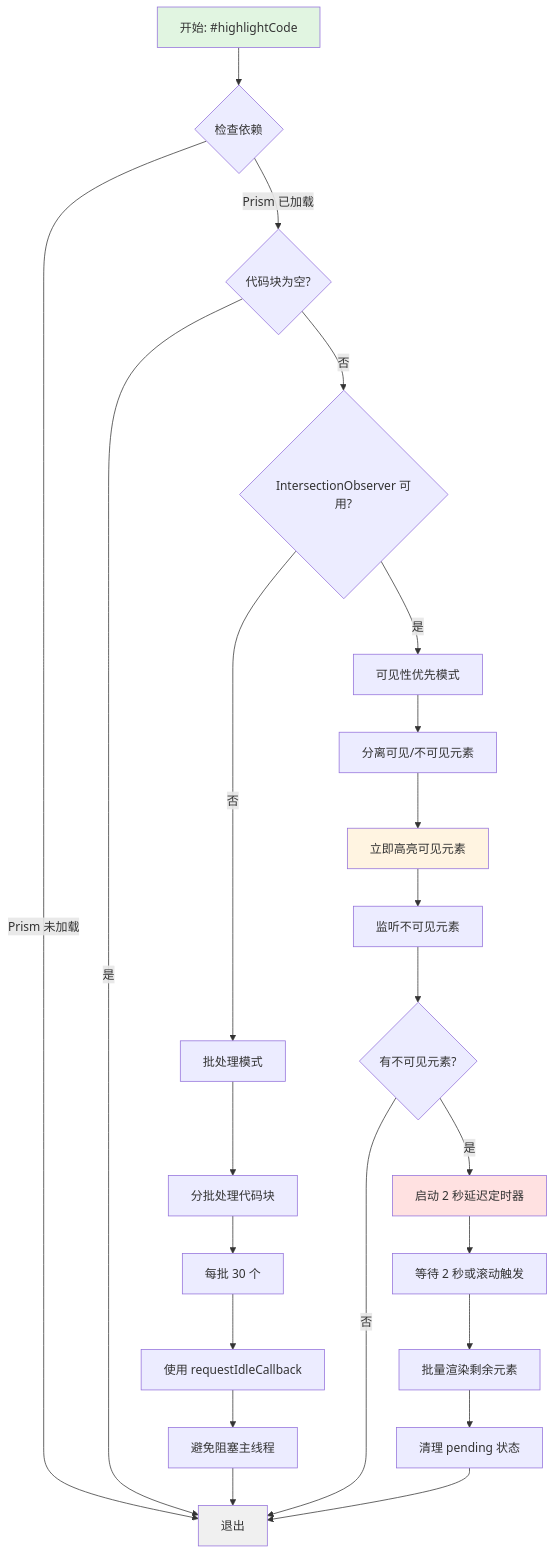
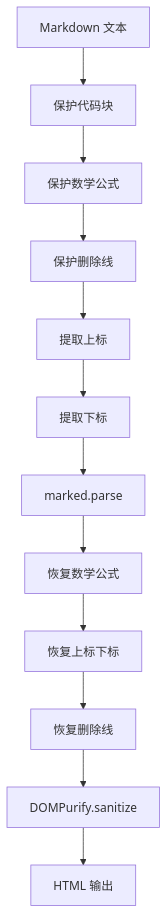
One commit to ZCShou/markdown changed the sixth of 9 diagrams in docs/preview.md. Above: the diagram before and after it, drawn with Mermaid. The commit also changed other lines of this file and 1 other file, not shown here.

Commit message:
docs: refine architecture and preview documentation with persistence and rendering details

````diff
--- a/docs/preview.md
+++ b/docs/preview.md
@@ -1291,35 +608,14 @@
 ```mermaid
-flowchart TD
-    A[开始: #highlightCode] --> B{检查依赖}
-    B -->|Prism 未加载| Z[退出]
-    B -->|Prism 已加载| C{代码块为空?}
-    C -->|是| Z
-    C -->|否| D{IntersectionObserver 可用?}
-    
-    D -->|否| E[批处理模式]
-    D -->|是| F[可见性优先模式]
-    
-    E --> E1[分批处理代码块]
-    E1 --> E2[每批 30 个]
-    E2 --> E3[使用 requestIdleCallback]
-    E3 --> E4[避免阻塞主线程]
-    E4 --> Z
-    
-    F --> F1[分离可见/不可见元素]
-    F1 --> F2[立即高亮可见元素]
-    F2 --> F3[监听不可见元素]
-    F3 --> F4{有不可见元素?}
-    
-    F4 -->|是| F5[启动 2 秒延迟定时器]
-    F4 -->|否| Z
-    
-    F5 --> F6[等待 2 秒或滚动触发]
-    F6 --> F7[批量渲染剩余元素]
-    F7 --> F8[清理 pending 状态]
-    F8 --> Z
-    
-    style A fill:#e1f5e1
-    style F2 fill:#fff4e1
-    style F5 fill:#ffe1e1
-    style Z fill:#f0f0f0
+graph TD
+    A[Markdown 文本] --> B[保护代码块]
+    B --> C[保护数学公式]
+    C --> D[保护删除线]
+    D --> E[提取上标]
+    E --> F[提取下标]
+    F --> G[marked.parse]
+    G --> H[恢复数学公式]
+    H --> I[恢复上标下标]
+    I --> J[恢复删除线]
+    J --> K[DOMPurify.sanitize]
+    K --> L[HTML 输出]
 ```
````
